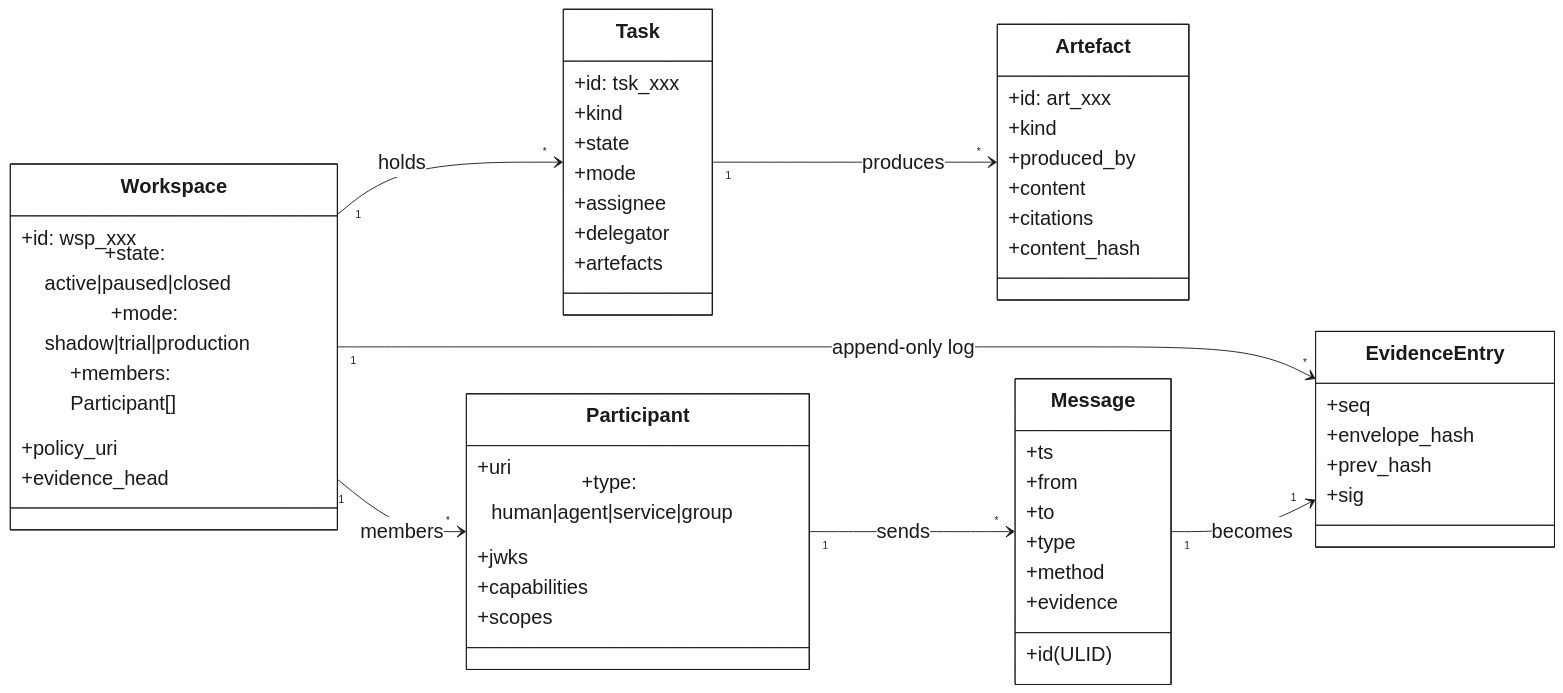
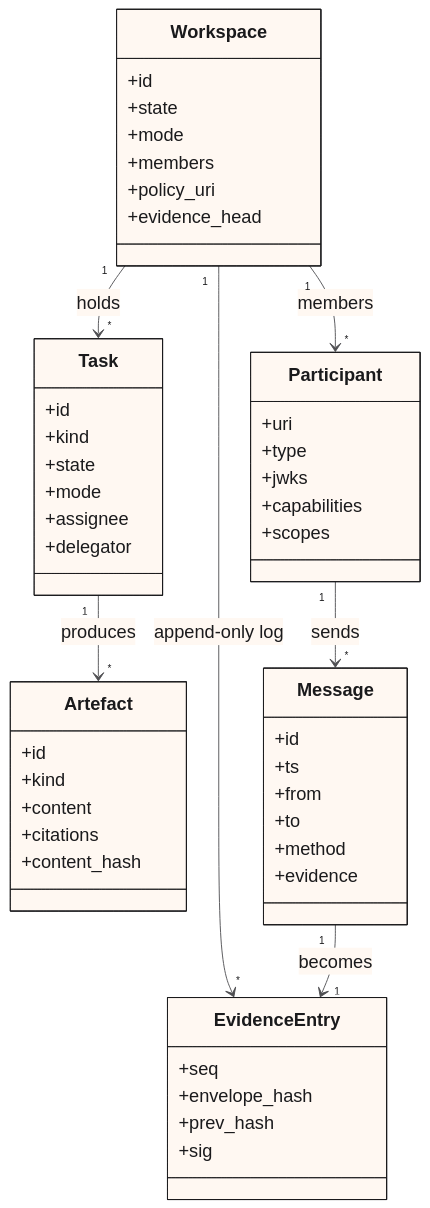
One commit to BrightbeamAI/chap changed the second of 9 diagrams in ARCHITECTURE.md. Above: the diagram before and after it, drawn with Mermaid. The commit also changed other lines of this file and 14 other files, not shown here.

````diff
--- a/ARCHITECTURE.md
+++ b/ARCHITECTURE.md
@@ -59,69 +59,66 @@
 ```mermaid
 %%{init: {
   "theme": "base",
   "themeVariables": {
-    "fontSize": "22px",
+    "fontSize": "20px",
     "fontFamily": "Arial, Helvetica, sans-serif",
-    "primaryColor": "#ffffff",
+    "primaryColor": "#FFF8F2",
     "primaryTextColor": "#1a1a1c",
     "primaryBorderColor": "#1a1a1c",
-    "lineColor": "#1a1a1c"
+    "lineColor": "#4f4f52"
   }
 }}%%
 classDiagram
-    direction LR
+    direction TB
     class Workspace {
-      +id: wsp_xxx
-      +state: active|paused|closed
-      +mode: shadow|trial|production
-      +members: Participant[]
+      +id
+      +state
+      +mode
+      +members
       +policy_uri
       +evidence_head
     }
     class Participant {
       +uri
-      +type: human|agent|service|group
+      +type
       +jwks
       +capabilities
       +scopes
     }
     class Task {
-      +id: tsk_xxx
+      +id
       +kind
       +state
       +mode
       +assignee
       +delegator
-      +artefacts
     }
     class Artefact {
-      +id: art_xxx
+      +id
       +kind
-      +produced_by
       +content
       +citations
       +content_hash
     }
     class EvidenceEntry {
       +seq
       +envelope_hash
       +prev_hash
       +sig
     }
     class Message {
-      +id (ULID)
+      +id
       +ts
       +from
       +to
-      +type
       +method
       +evidence
     }
 
     Workspace "1" --> "*" Participant : members
-    Workspace "1" --> "*" Task        : holds
+    Workspace "1" --> "*" Task : holds
     Workspace "1" --> "*" EvidenceEntry : append-only log
-    Task      "1" --> "*" Artefact    : produces
-    Message   "1" --> "1" EvidenceEntry : becomes
-    Participant "1" --> "*" Message   : sends
+    Task "1" --> "*" Artefact : produces
+    Message "1" --> "1" EvidenceEntry : becomes
+    Participant "1" --> "*" Message : sends
 ```
````
